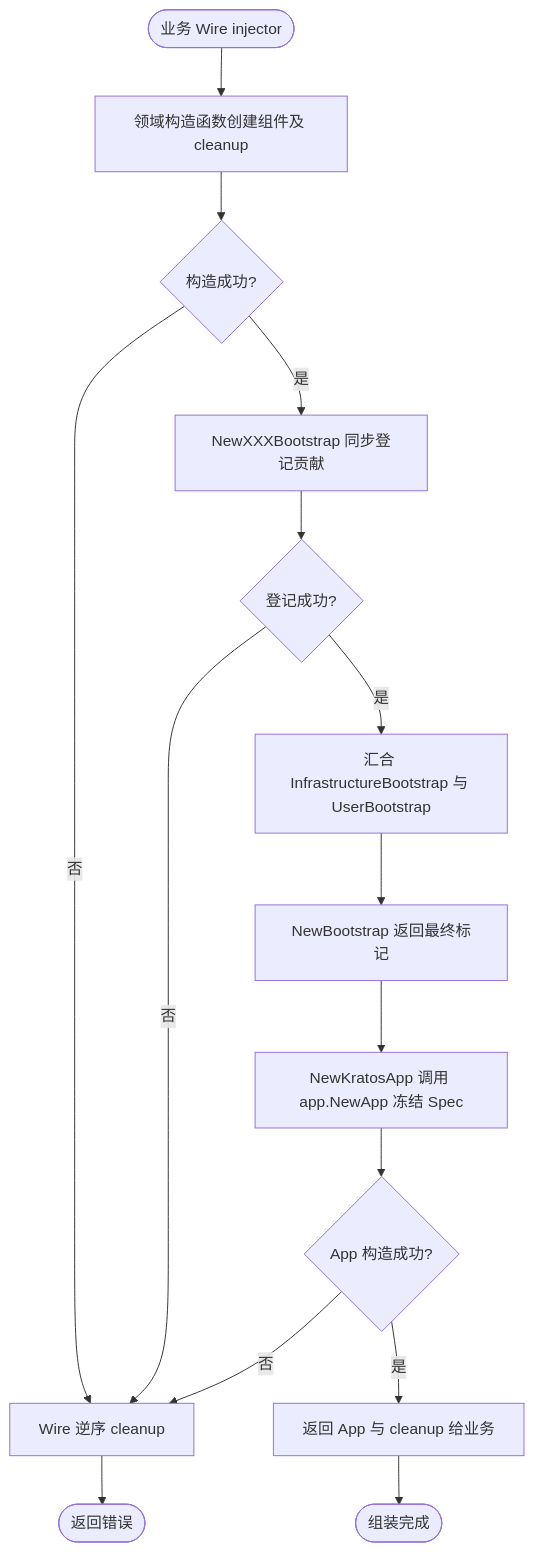
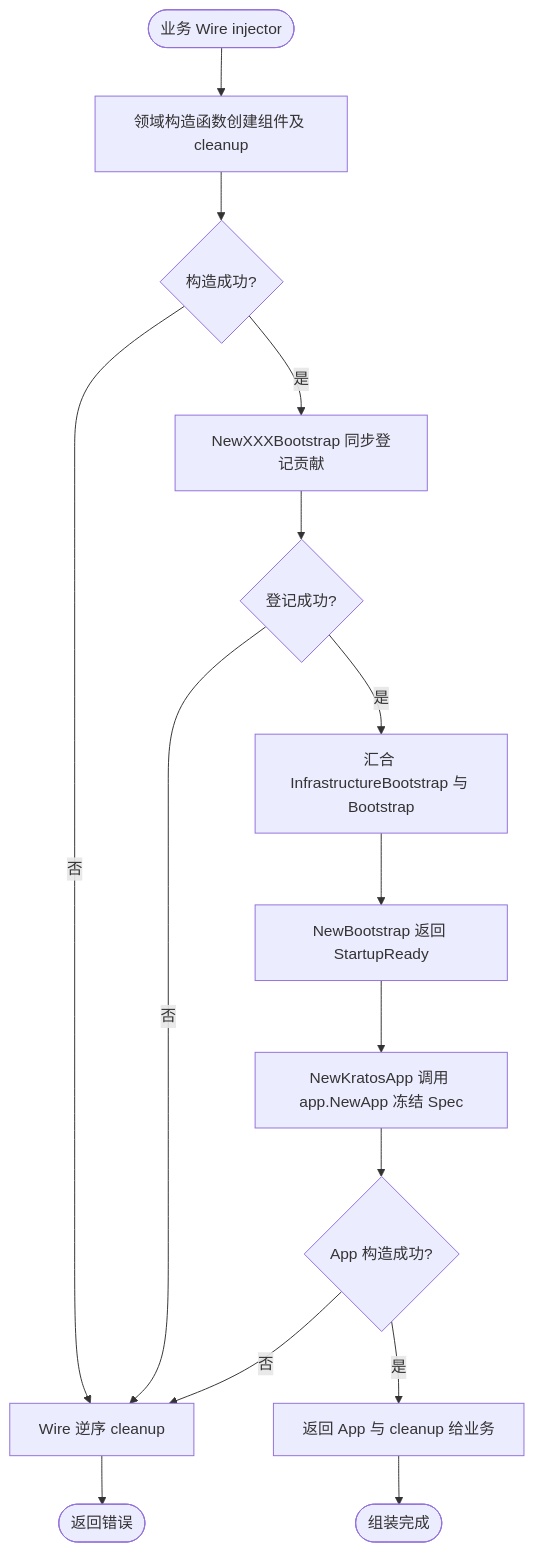
Before and after one commit to jaggerzhuang1994/kratos-foundation: the second of 4 diagrams in pkg/bootstrap/README.md, drawn with Mermaid. The commit also changed other lines of this file and 87 other files, not shown here.

````diff
--- a/pkg/bootstrap/README.md
+++ b/pkg/bootstrap/README.md
@@ -22,17 +97,17 @@
 ```mermaid
 flowchart TD
     A([业务 Wire injector]) --> B[领域构造函数创建组件及 cleanup]
     B --> C{构造成功?}
     C -- 否 --> X[Wire 逆序 cleanup]
     C -- 是 --> D[NewXXXBootstrap 同步登记贡献]
     D --> E{登记成功?}
     E -- 否 --> X
-    E -- 是 --> F[汇合 InfrastructureBootstrap 与 UserBootstrap]
-    F --> G[NewBootstrap 返回最终标记]
+    E -- 是 --> F[汇合 InfrastructureBootstrap 与 Bootstrap]
+    F --> G[NewBootstrap 返回 StartupReady]
     G --> H[NewKratosApp 调用 app.NewApp 冻结 Spec]
     H --> I{App 构造成功?}
     I -- 否 --> X
     X --> Y([返回错误])
     I -- 是 --> J[返回 App 与 cleanup 给业务]
     J --> K([组装完成])
 ```
````
